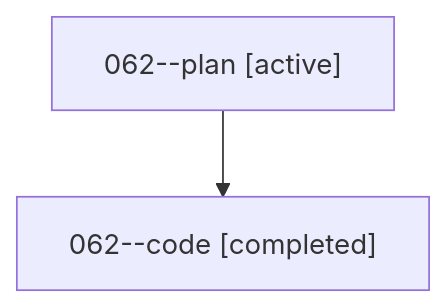
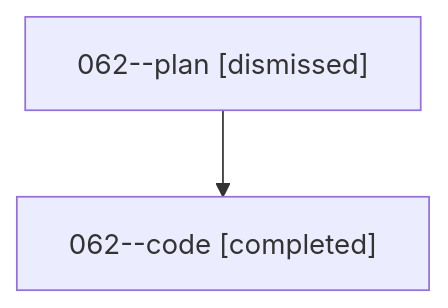
Before and after one commit to sase-org/sase--agents: the diagram in sessions/bbugyi200.athena.062.md, drawn with Mermaid. The commit also changed other lines of this file and 41 other files, not shown here.

````diff
--- a/sessions/bbugyi200.athena.062.md
+++ b/sessions/bbugyi200.athena.062.md
@@ -9,6 +9,6 @@
 ```mermaid
 flowchart TD
-  n0["062--plan [active]"]
+  n0["062--plan [dismissed]"]
   n1["062--code [completed]"]
   n0 --> n1
 ```
````
